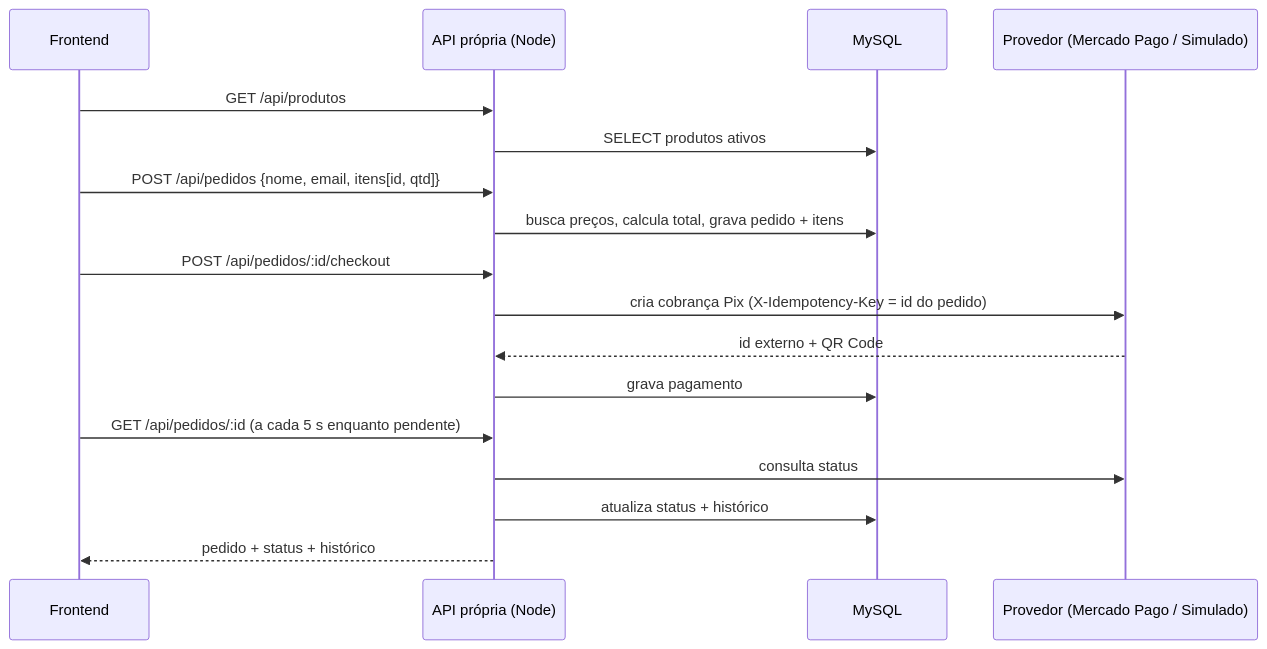
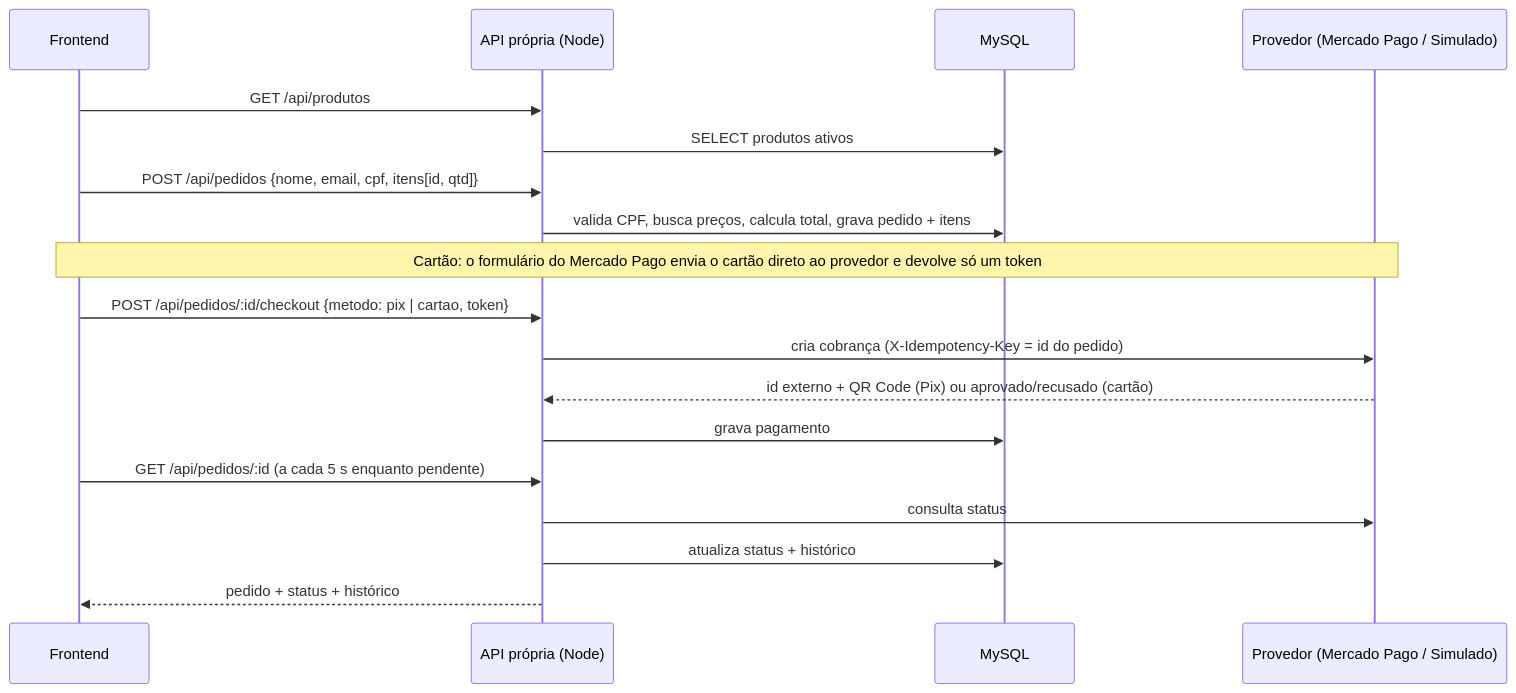
The first of 2 diagrams in README.md (samuelc99/loja-checkout), drawn with Mermaid before and after one commit. The commit also changed other lines of this file and 14 other files, not shown here.

Commit message:
Adiciona CPF e pagamento com cartão (Card Payment Brick do Mercado Pago)

````diff
--- a/README.md
+++ b/README.md
@@ -61,20 +61,21 @@
 ```mermaid
 sequenceDiagram
     participant F as Frontend
     participant A as API própria (Node)
     participant DB as MySQL
     participant P as Provedor (Mercado Pago / Simulado)
 
     F->>A: GET /api/produtos
     A->>DB: SELECT produtos ativos
-    F->>A: POST /api/pedidos {nome, email, itens[id, qtd]}
-    A->>DB: busca preços, calcula total, grava pedido + itens
-    F->>A: POST /api/pedidos/:id/checkout
-    A->>P: cria cobrança Pix (X-Idempotency-Key = id do pedido)
-    P-->>A: id externo + QR Code
+    F->>A: POST /api/pedidos {nome, email, cpf, itens[id, qtd]}
+    A->>DB: valida CPF, busca preços, calcula total, grava pedido + itens
+    Note over F,P: Cartão: o formulário do Mercado Pago envia o cartão direto ao provedor e devolve só um token
+    F->>A: POST /api/pedidos/:id/checkout {metodo: pix | cartao, token}
+    A->>P: cria cobrança (X-Idempotency-Key = id do pedido)
+    P-->>A: id externo + QR Code (Pix) ou aprovado/recusado (cartão)
     A->>DB: grava pagamento
     F->>A: GET /api/pedidos/:id (a cada 5 s enquanto pendente)
     A->>P: consulta status
     A->>DB: atualiza status + histórico
     A-->>F: pedido + status + histórico
 ```
````
